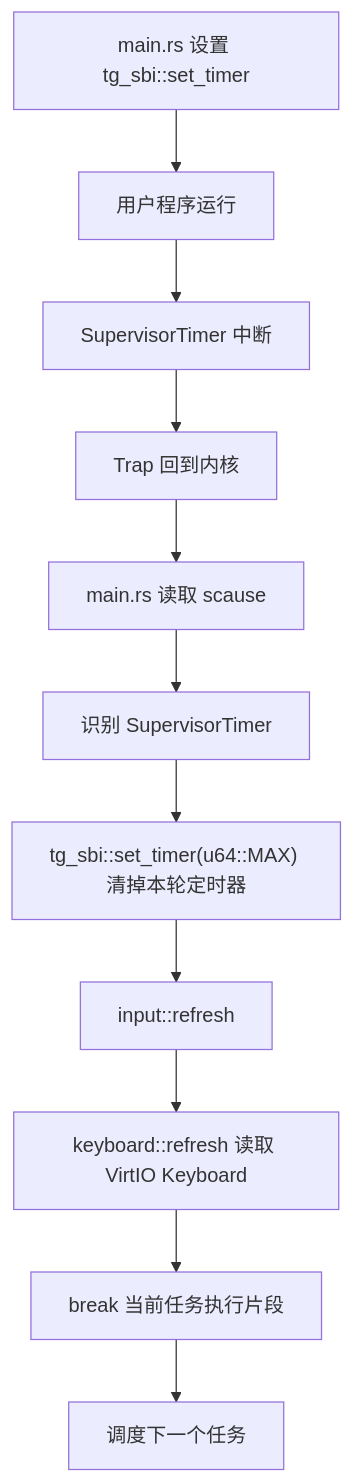
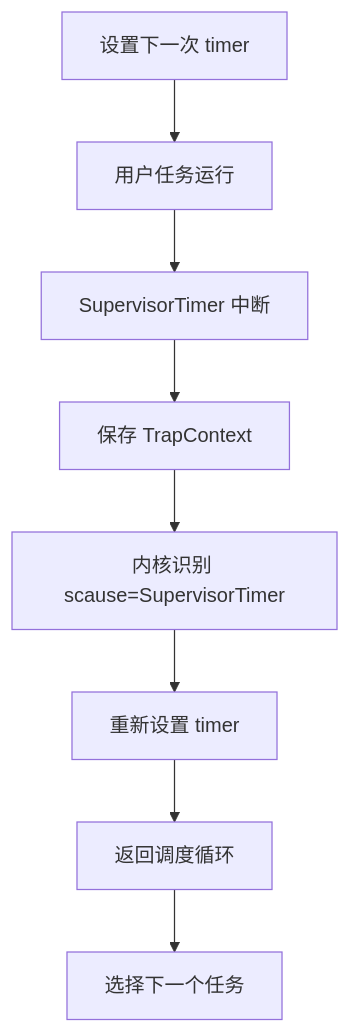
One commit to flyyansii/Tg-rCore-Tutorial-2026S changed the seventh of 8 diagrams in doc/ch3/rCore-ch3-代码链与模块对应底稿.md. Above: the diagram before and after it, drawn with Mermaid. The commit also changed other lines of this file and 7 other files, not shown here.

````diff
--- a/doc/ch3/rCore-ch3-代码链与模块对应底稿.md
+++ b/doc/ch3/rCore-ch3-代码链与模块对应底稿.md
@@ -170,13 +342,10 @@
 ```mermaid
 flowchart TD
-    A["main.rs 设置 tg_sbi::set_timer"] --> B["用户程序运行"]
+    A["设置下一次 timer"] --> B["用户任务运行"]
     B --> C["SupervisorTimer 中断"]
-    C --> D["Trap 回到内核"]
-    D --> E["main.rs 读取 scause"]
-    E --> F["识别 SupervisorTimer"]
-    F --> G["tg_sbi::set_timer(u64::MAX) 清掉本轮定时器"]
-    G --> H["input::refresh"]
-    H --> I["keyboard::refresh 读取 VirtIO Keyboard"]
-    I --> J["break 当前任务执行片段"]
-    J --> K["调度下一个任务"]
+    C --> D["保存 TrapContext"]
+    D --> E["内核识别 scause=SupervisorTimer"]
+    E --> F["重新设置 timer"]
+    F --> G["返回调度循环"]
+    G --> H["选择下一个任务"]
 ```
````
